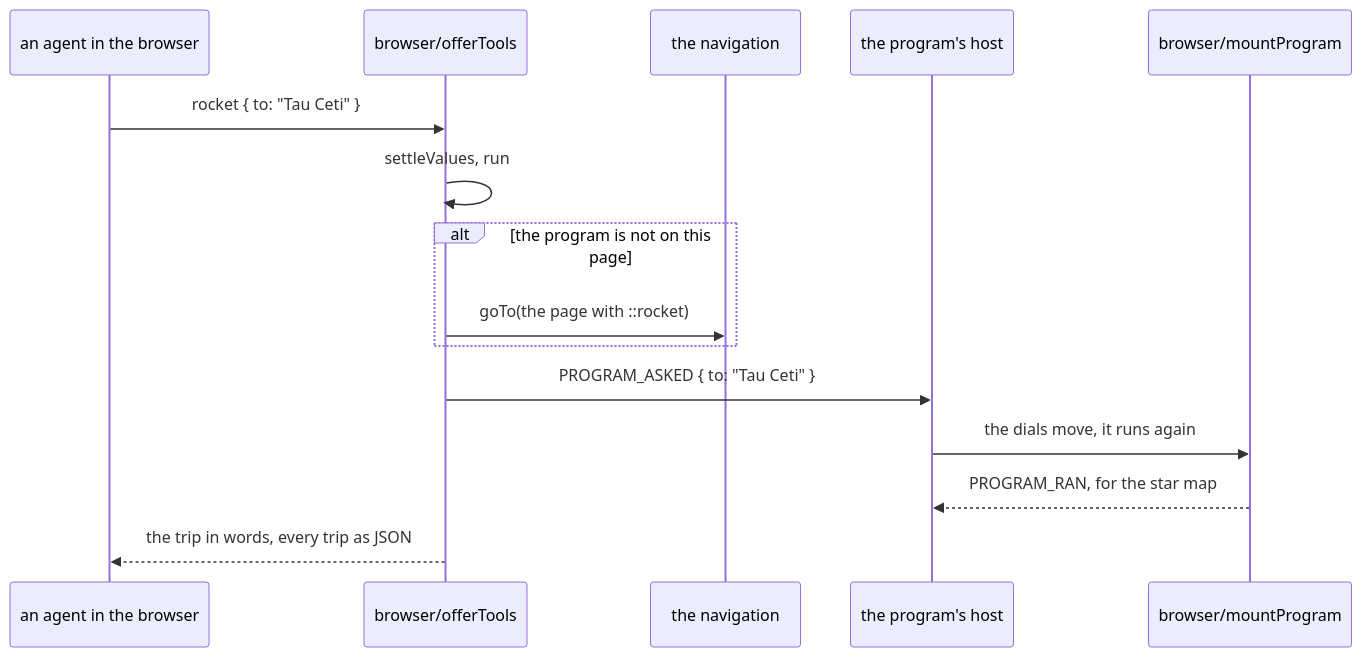
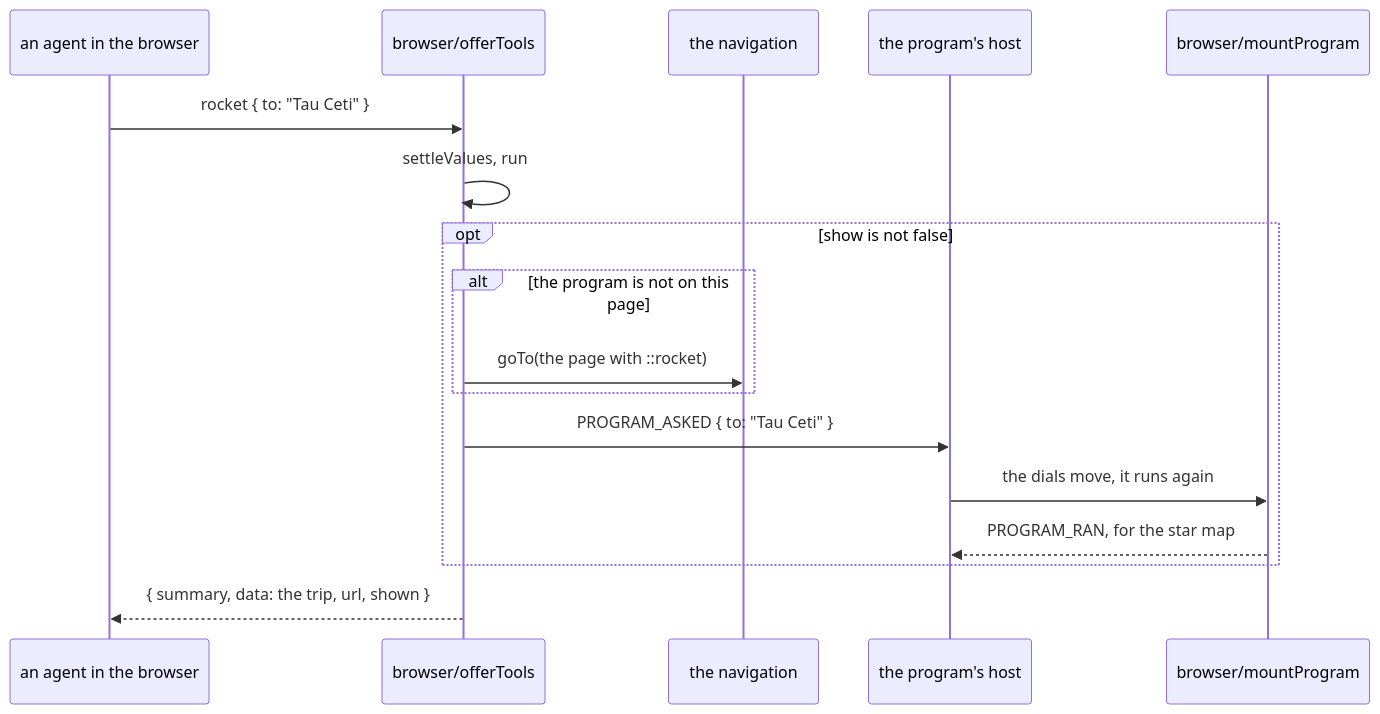
Before and after one commit to drpicox/david-rodenas.com: the fifth of 8 diagrams in ARCHITECTURE.md, drawn with Mermaid. The commit also changed other lines of this file and 26 other files, not shown here.

````diff
--- a/ARCHITECTURE.md
+++ b/ARCHITECTURE.md
@@ -143,18 +143,20 @@
 ```mermaid
 sequenceDiagram
   participant agent as an agent in the browser
   participant tools as browser/offerTools
   participant nav as the navigation
   participant host as the program's host
   participant dials as browser/mountProgram
 
   agent->>tools: rocket { to: "Tau Ceti" }
   tools->>tools: settleValues, run
-  alt the program is not on this page
-    tools->>nav: goTo(the page with ::rocket)
+  opt show is not false
+    alt the program is not on this page
+      tools->>nav: goTo(the page with ::rocket)
+    end
+    tools->>host: PROGRAM_ASKED { to: "Tau Ceti" }
+    host->>dials: the dials move, it runs again
+    dials-->>host: PROGRAM_RAN, for the star map
   end
-  tools->>host: PROGRAM_ASKED { to: "Tau Ceti" }
-  host->>dials: the dials move, it runs again
-  dials-->>host: PROGRAM_RAN, for the star map
-  tools-->>agent: the trip in words, every trip as JSON
+  tools-->>agent: { summary, data: the trip, url, shown }
 ```
````
